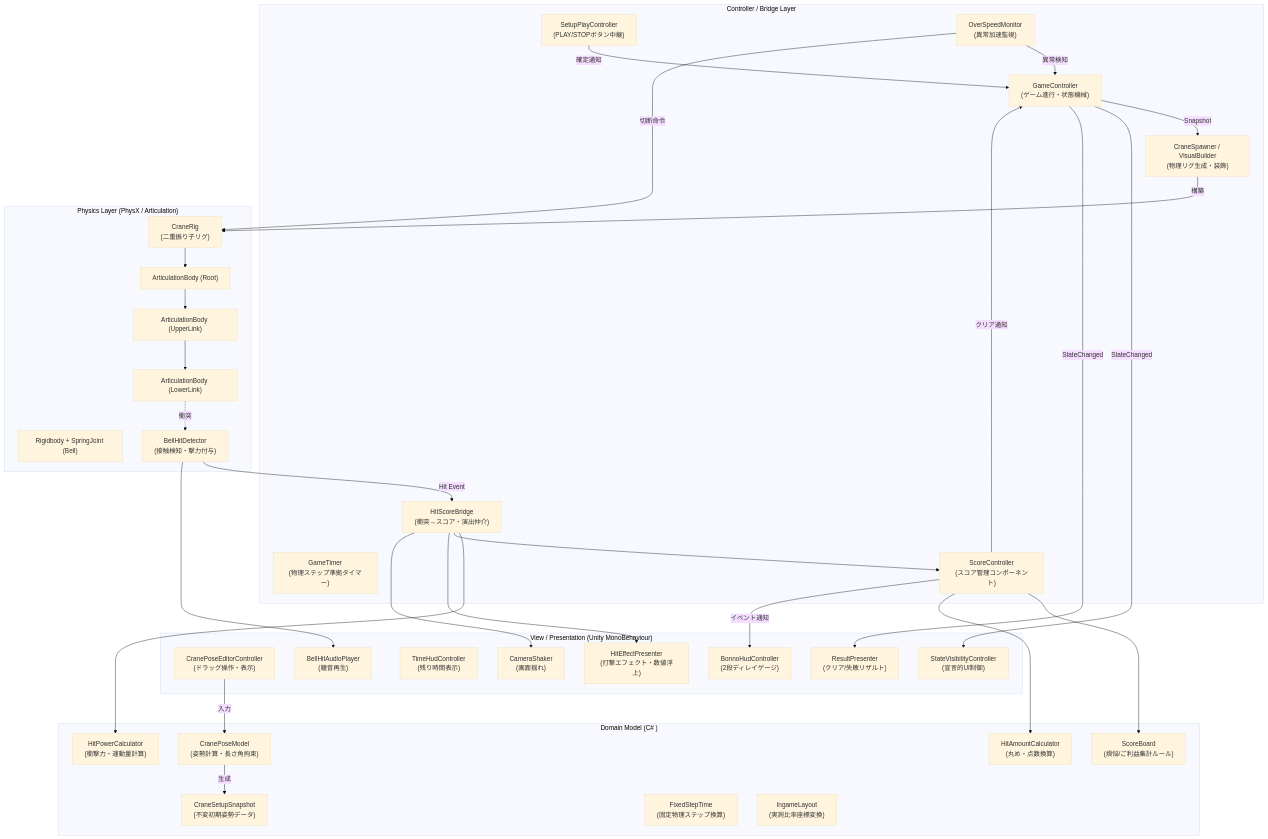
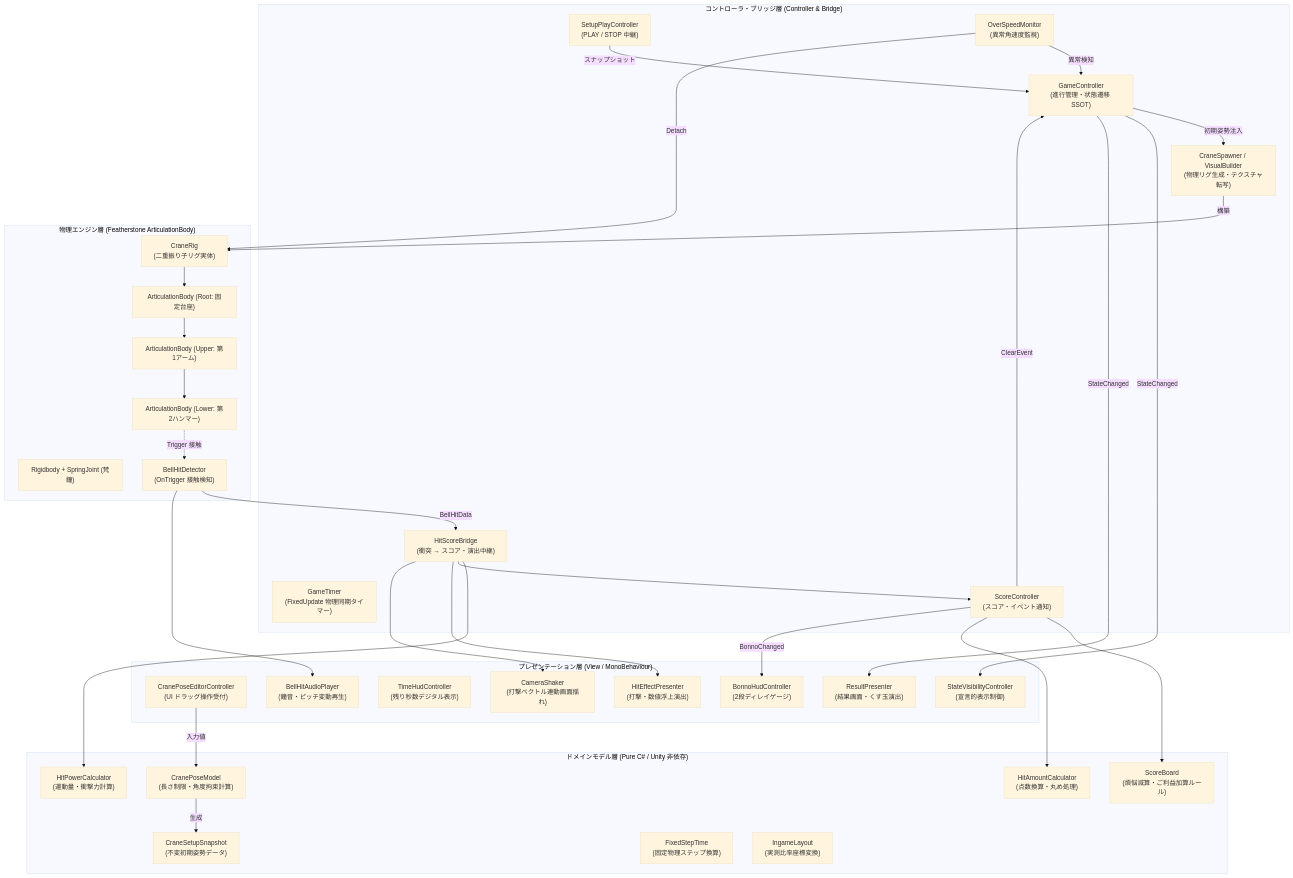
The second of 8 diagrams in README.md (aptmara/Crane-Public), drawn with Mermaid (base theme) before and after one commit. The commit also changed other lines of this file and 7 other files, not shown here.

````diff
--- a/README.md
+++ b/README.md
@@ -103,64 +127,64 @@
 ```mermaid
 flowchart TD
-    subgraph UI_Presentation ["View / Presentation (Unity MonoBehaviour)"]
-        UI_Editor["CranePoseEditorController<br/>(ドラッグ操作・表示)"]
+    subgraph View_Layer ["プレゼンテーション層 (View / MonoBehaviour)"]
+        UI_Editor["CranePoseEditorController<br/>(UI ドラッグ操作受付)"]
         UI_HUD["BonnoHudController<br/>(2段ディレイゲージ)"]
-        UI_Time["TimeHudController<br/>(残り時間表示)"]
-        UI_Result["ResultPresenter<br/>(クリア/失敗リザルト)"]
-        FX_Hit["HitEffectPresenter<br/>(打撃エフェクト・数値浮上)"]
-        FX_Shake["CameraShaker<br/>(画面揺れ)"]
-        FX_Audio["BellHitAudioPlayer<br/>(鐘音再生)"]
-        State_Vis["StateVisibilityController<br/>(宣言的UI制御)"]
+        UI_Time["TimeHudController<br/>(残り秒数デジタル表示)"]
+        UI_Result["ResultPresenter<br/>(結果画面・くす玉演出)"]
+        FX_Hit["HitEffectPresenter<br/>(打撃・数値浮上演出)"]
+        FX_Shake["CameraShaker<br/>(打撃ベクトル連動画面揺れ)"]
+        FX_Audio["BellHitAudioPlayer<br/>(鐘音・ピッチ変動再生)"]
+        State_Vis["StateVisibilityController<br/>(宣言的表示制御)"]
     end
 
-    subgraph Controller_Bridge ["Controller / Bridge Layer"]
-        C_Game["GameController<br/>(ゲーム進行・状態機械)"]
-        C_Timer["GameTimer<br/>(物理ステップ準拠タイマー)"]
-        C_Score["ScoreController<br/>(スコア管理コンポーネント)"]
-        C_Play["SetupPlayController<br/>(PLAY/STOPボタン中継)"]
-        B_Physics["CraneSpawner / VisualBuilder<br/>(物理リグ生成・装飾)"]
-        B_Hit["HitScoreBridge<br/>(衝突→スコア・演出仲介)"]
-        B_OverSpeed["OverSpeedMonitor<br/>(異常加速監視)"]
+    subgraph Bridge_Layer ["コントローラ・ブリッジ層 (Controller & Bridge)"]
+        C_Game["GameController<br/>(進行管理・状態遷移 SSOT)"]
+        C_Timer["GameTimer<br/>(FixedUpdate 物理同期タイマー)"]
+        C_Score["ScoreController<br/>(スコア・イベント通知)"]
+        C_Play["SetupPlayController<br/>(PLAY / STOP 中継)"]
+        B_Physics["CraneSpawner / VisualBuilder<br/>(物理リグ生成・テクスチャ転写)"]
+        B_Hit["HitScoreBridge<br/>(衝突 → スコア・演出中継)"]
+        B_OverSpeed["OverSpeedMonitor<br/>(異常角速度監視)"]
     end
 
-    subgraph Pure_Logic ["Domain Model (C# )"]
-        M_Pose["CranePoseModel<br/>(姿勢計算・長さ角拘束)"]
+    subgraph Domain_Layer ["ドメインモデル層 (Pure C# / Unity 非依存)"]
+        M_Pose["CranePoseModel<br/>(長さ制限・角度拘束計算)"]
         M_Snapshot["CraneSetupSnapshot<br/>(不変初期姿勢データ)"]
-        M_Board["ScoreBoard<br/>(煩悩/ご利益集計ルール)"]
+        M_Board["ScoreBoard<br/>(煩悩減算・ご利益加算ルール)"]
         M_StepTime["FixedStepTime<br/>(固定物理ステップ換算)"]
-        M_PowerCalc["HitPowerCalculator<br/>(衝撃力・運動量計算)"]
-        M_AmountCalc["HitAmountCalculator<br/>(丸め・点数換算)"]
+        M_PowerCalc["HitPowerCalculator<br/>(運動量・衝撃力計算)"]
+        M_AmountCalc["HitAmountCalculator<br/>(点数換算・丸め処理)"]
         M_Layout["IngameLayout<br/>(実測比率座標変換)"]
     end
 
-    subgraph Physics_Engine ["Physics Layer (PhysX / Articulation)"]
-        P_Rig["CraneRig<br/>(二重振り子リグ)"]
-        P_Root["ArticulationBody (Root)"]
-        P_Upper["ArticulationBody (UpperLink)"]
-        P_Lower["ArticulationBody (LowerLink)"]
-        P_Bell["Rigidbody + SpringJoint (Bell)"]
-        P_Detector["BellHitDetector<br/>(接触検知・撃力付与)"]
+    subgraph Physics_Layer ["物理エンジン層 (Featherstone ArticulationBody)"]
+        P_Rig["CraneRig<br/>(二重振り子リグ実体)"]
+        P_Root["ArticulationBody (Root: 固定台座)"]
+        P_Upper["ArticulationBody (Upper: 第1アーム)"]
+        P_Lower["ArticulationBody (Lower: 第2ハンマー)"]
+        P_Bell["Rigidbody + SpringJoint (梵鐘)"]
+        P_Detector["BellHitDetector<br/>(OnTrigger 接触検知)"]
     end
 
-    UI_Editor -->|入力| M_Pose
+    UI_Editor -->|入力値| M_Pose
     M_Pose -->|生成| M_Snapshot
-    C_Play -->|確定通知| C_Game
-    C_Game -->|Snapshot| B_Physics
+    C_Play -->|スナップショット| C_Game
+    C_Game -->|初期姿勢注入| B_Physics
     B_Physics -->|構築| P_Rig
     P_Rig --> P_Root --> P_Upper --> P_Lower
-    P_Lower -.->|衝突| P_Detector
-    P_Detector -->|Hit Event| B_Hit
+    P_Lower -.->|Trigger 接触| P_Detector
+    P_Detector -->|BellHitData| B_Hit
     B_Hit --> M_PowerCalc
     B_Hit --> C_Score
     C_Score --> M_Board
     C_Score --> M_AmountCalc
-    C_Score -->|イベント通知| UI_HUD
-    C_Score -->|クリア通知| C_Game
+    C_Score -->|BonnoChanged| UI_HUD
+    C_Score -->|ClearEvent| C_Game
     B_Hit --> FX_Hit
     B_Hit --> FX_Shake
     P_Detector --> FX_Audio
     C_Game -->|StateChanged| State_Vis
     C_Game -->|StateChanged| UI_Result
     B_OverSpeed -->|異常検知| C_Game
-    B_OverSpeed -->|切断命令| P_Rig
+    B_OverSpeed -->|Detach| P_Rig
 ```
````
